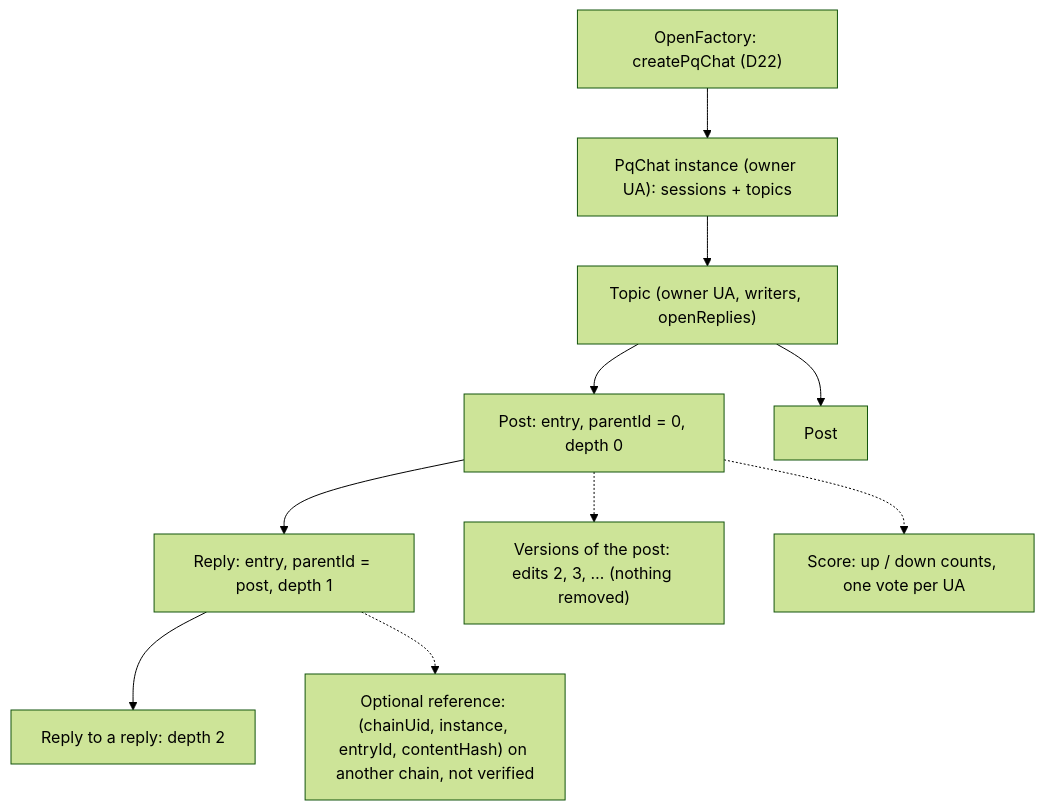
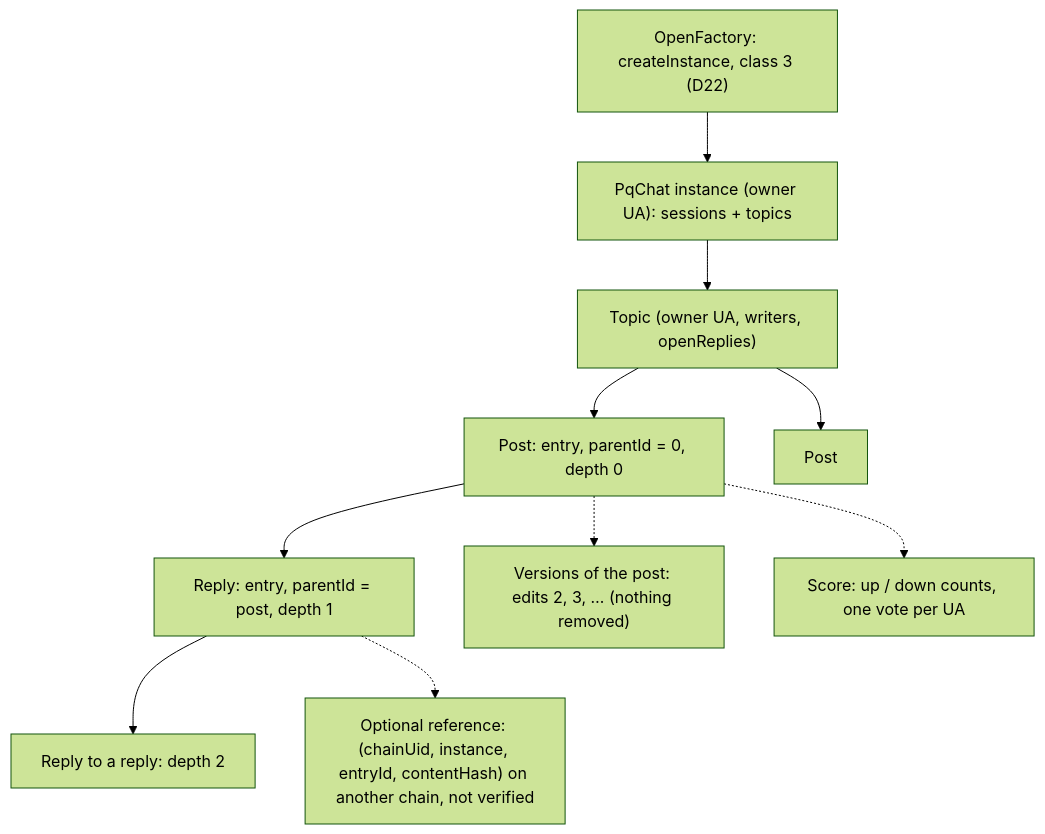
The diagram in docs/superpowers/specs/2026-11-07-pqchat-public-topics.md (dinhduongha/scaas), drawn with Mermaid (forest theme) before and after one commit. The commit also changed other lines of this file and 2 other files, not shown here.

First line of the commit message:
spec + decisions: PqChat public topics Q1-Q2 answered as recommended; PqChat on the generic factory path, ChainEnv applies (owner 2026-11-07)

````diff
--- a/docs/superpowers/specs/2026-11-07-pqchat-public-topics.md
+++ b/docs/superpowers/specs/2026-11-07-pqchat-public-topics.md
@@ -25,12 +28,12 @@
 ```mermaid
 flowchart TD
-  F["OpenFactory: createPqChat (D22)"] --> I["PqChat instance (owner UA): sessions + topics"]
+  F["OpenFactory: createInstance, class 3 (D22)"] --> I["PqChat instance (owner UA): sessions + topics"]
   I --> T["Topic (owner UA, writers, openReplies)"]
   T --> P1["Post: entry, parentId = 0, depth 0"]
   T --> P2["Post"]
   P1 --> R1["Reply: entry, parentId = post, depth 1"]
   R1 --> R2["Reply to a reply: depth 2"]
   P1 -.-> V["Versions of the post: edits 2, 3, … (nothing removed)"]
   P1 -.-> S["Score: up / down counts, one vote per UA"]
   R1 -.-> X["Optional reference: (chainUid, instance, entryId, contentHash) on another chain, not verified"]
 ```
````
